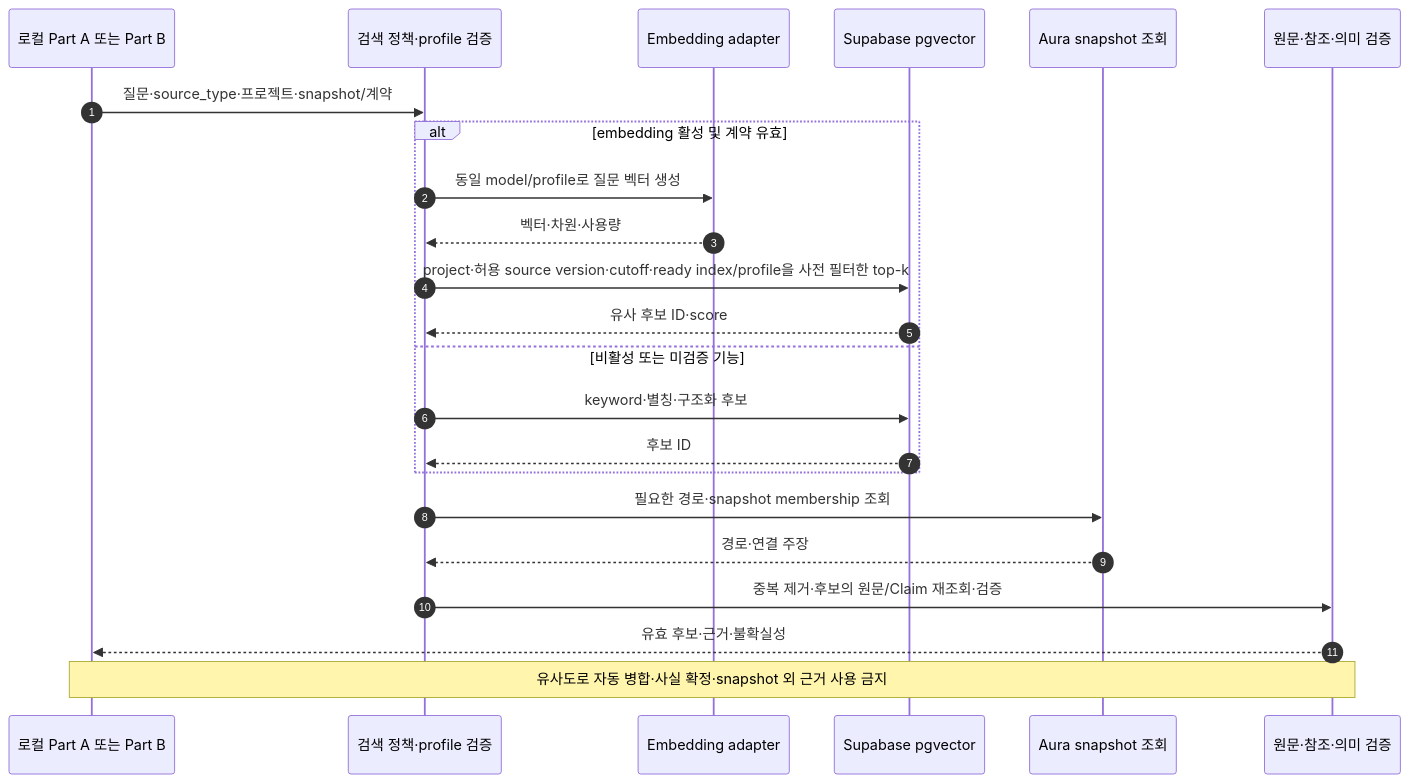
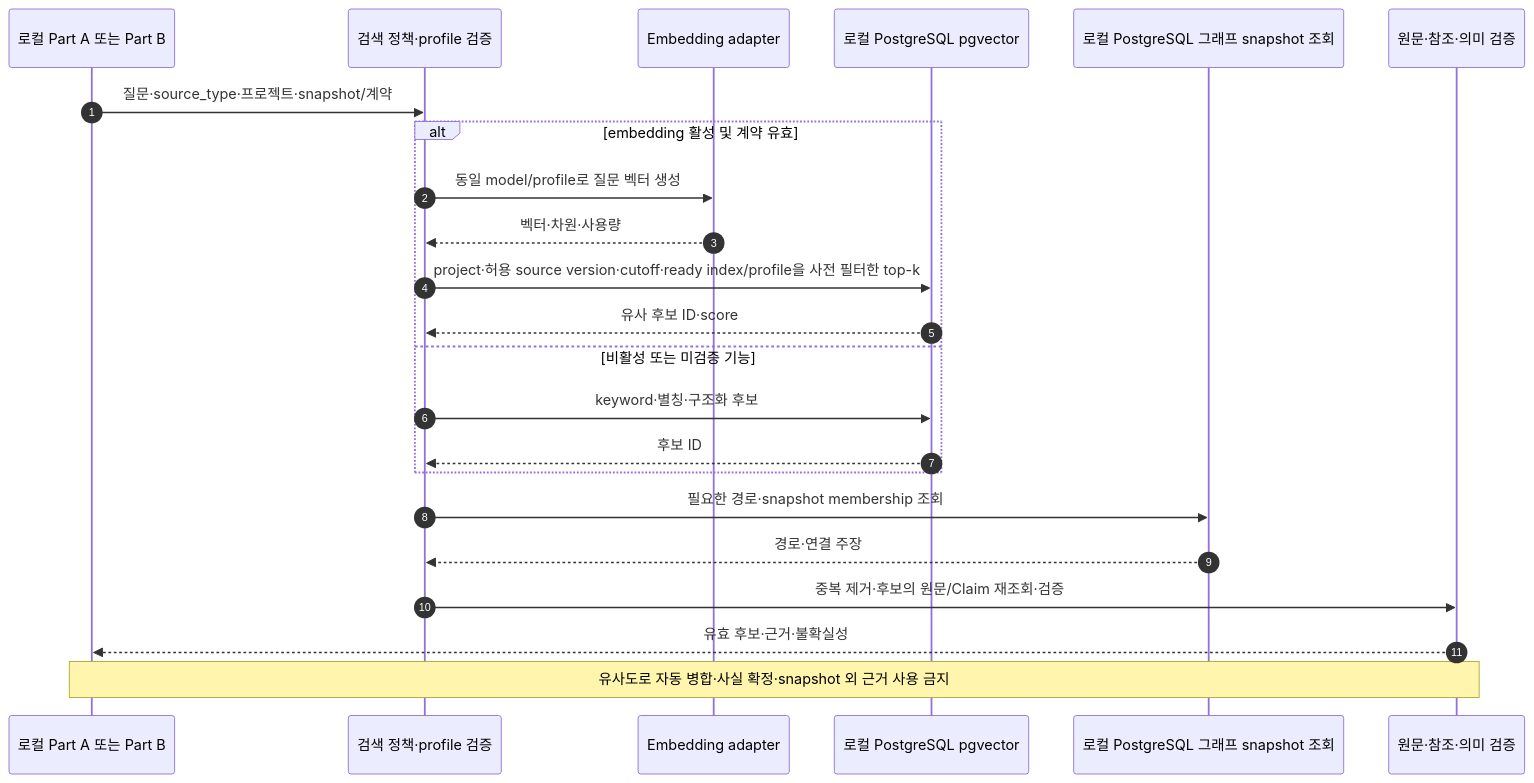
One commit to mykim711231/NewsContext changed diagram 17 of 17 in docs/sequences.md. Above: the diagram before and after it, drawn with Mermaid. The commit also changed other lines of this file and 11 other files, not shown here.

First line of the commit message:
docs: store KG in local PostgreSQL graph tables, drop Neo4j

````diff
--- a/docs/sequences.md
+++ b/docs/sequences.md
@@ -649,25 +652,25 @@
 ```mermaid
 sequenceDiagram
     autonumber
     participant Flow as 로컬 Part A 또는 Part B
     participant Policy as 검색 정책·profile 검증
     participant Embed as Embedding adapter
-    participant PG as Supabase pgvector
-    participant Graph as Aura snapshot 조회
+    participant PG as 로컬 PostgreSQL pgvector
+    participant Graph as 로컬 PostgreSQL 그래프 snapshot 조회
     participant Check as 원문·참조·의미 검증
     Flow->>Policy: 질문·source_type·프로젝트·snapshot/계약
     alt embedding 활성 및 계약 유효
         Policy->>Embed: 동일 model/profile로 질문 벡터 생성
         Embed-->>Policy: 벡터·차원·사용량
         Policy->>PG: project·허용 source version·cutoff·ready index/profile을 사전 필터한 top-k
         PG-->>Policy: 유사 후보 ID·score
     else 비활성 또는 미검증 기능
         Policy->>PG: keyword·별칭·구조화 후보
         PG-->>Policy: 후보 ID
     end
     Policy->>Graph: 필요한 경로·snapshot membership 조회
     Graph-->>Policy: 경로·연결 주장
     Policy->>Check: 중복 제거·후보의 원문/Claim 재조회·검증
     Check-->>Flow: 유효 후보·근거·불확실성
     Note over Flow,Check: 유사도로 자동 병합·사실 확정·snapshot 외 근거 사용 금지
 ```
````
